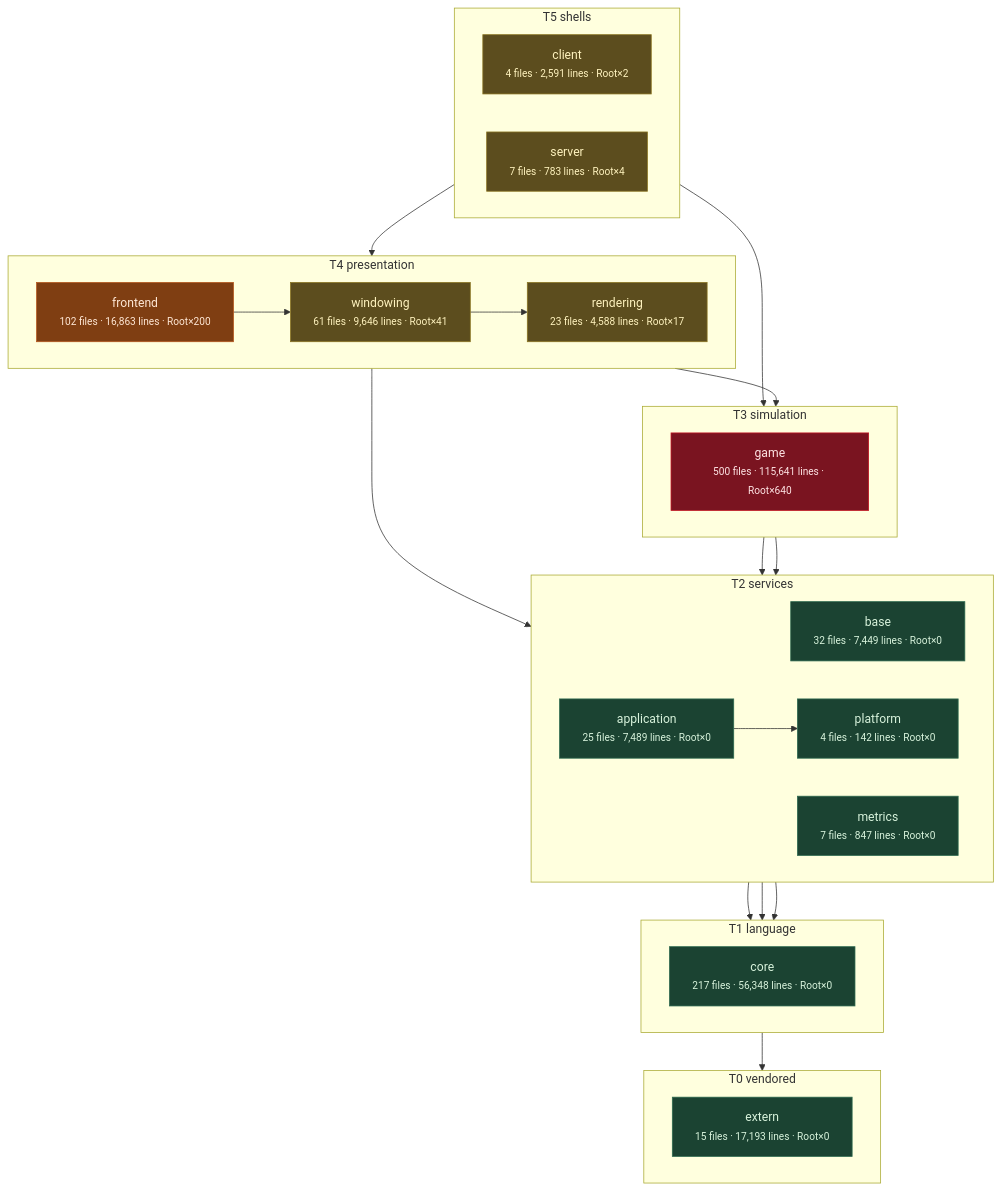
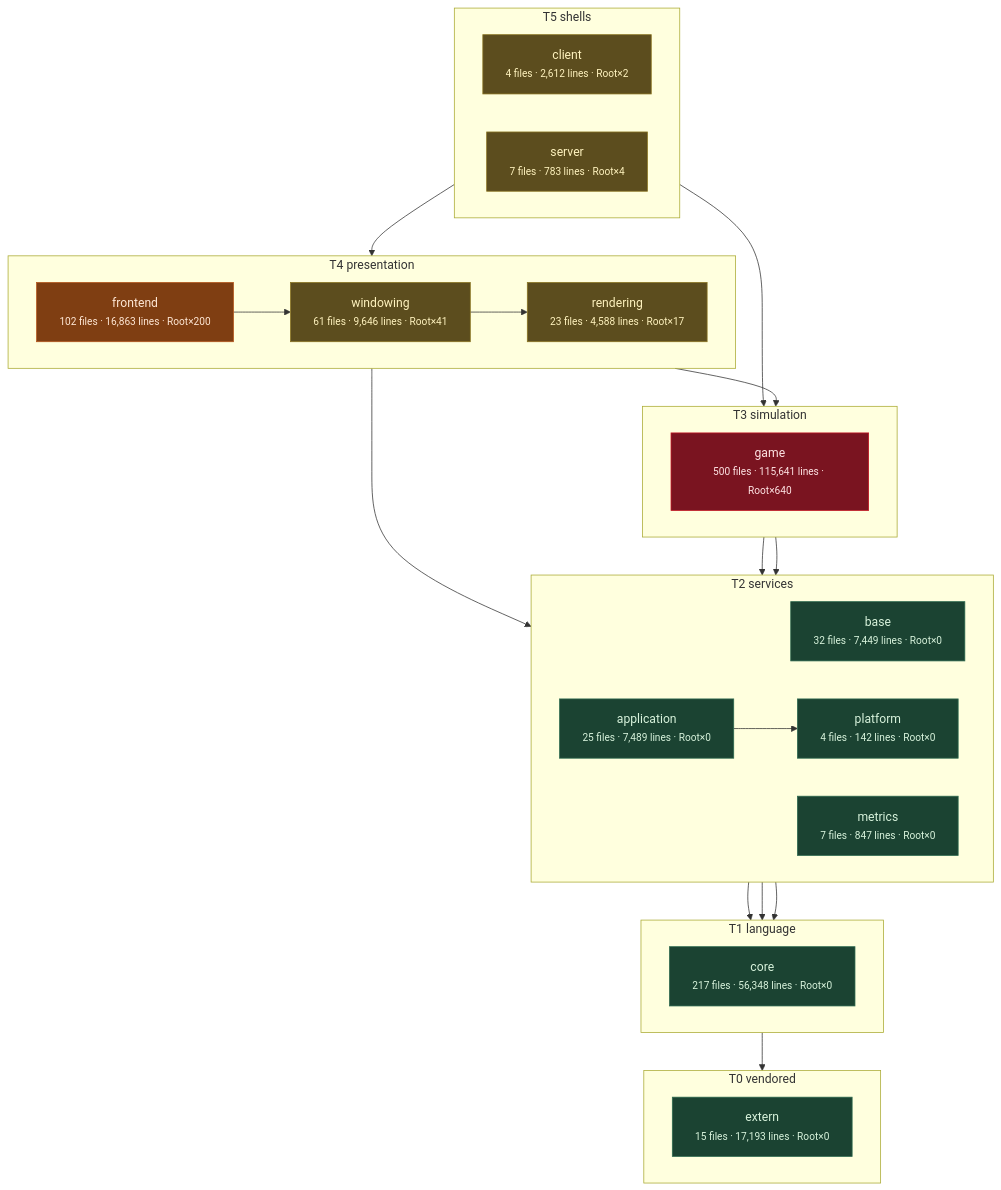
The third of 11 diagrams in docs/architecture/system-boundaries.md (apnex/OpenStarbound), drawn with Mermaid before and after one commit. The commit also changed other lines of this file and 6 other files, not shown here.

````diff
--- a/docs/architecture/system-boundaries.md
+++ b/docs/architecture/system-boundaries.md
@@ -271,54 +271,54 @@
 ```mermaid
 flowchart TD
   subgraph T0["T0 vendored"]
     direction LR
     extern["extern<br/><small>15 files · 17,193 lines · Root×0</small>"]
   end
   subgraph T1["T1 language"]
     direction LR
     core["core<br/><small>217 files · 56,348 lines · Root×0</small>"]
   end
   subgraph T2["T2 services"]
     direction LR
     base["base<br/><small>32 files · 7,449 lines · Root×0</small>"]
     metrics["metrics<br/><small>7 files · 847 lines · Root×0</small>"]
     platform["platform<br/><small>4 files · 142 lines · Root×0</small>"]
     application["application<br/><small>25 files · 7,489 lines · Root×0</small>"]
   end
   subgraph T3["T3 simulation"]
     direction LR
     game["game<br/><small>500 files · 115,641 lines · Root×640</small>"]
   end
   subgraph T4["T4 presentation"]
     direction LR
     rendering["rendering<br/><small>23 files · 4,588 lines · Root×17</small>"]
     windowing["windowing<br/><small>61 files · 9,646 lines · Root×41</small>"]
     frontend["frontend<br/><small>102 files · 16,863 lines · Root×200</small>"]
   end
   subgraph T5["T5 shells"]
     direction LR
-    client["client<br/><small>4 files · 2,591 lines · Root×2</small>"]
+    client["client<br/><small>4 files · 2,612 lines · Root×2</small>"]
     server["server<br/><small>7 files · 783 lines · Root×4</small>"]
   end
   core --> extern
   base --> core
   metrics --> core
   platform --> core
   application --> platform
   game --> base
   game --> platform
   rendering --> application
   rendering --> game
   windowing --> rendering
   frontend --> windowing
   client --> frontend
   server --> game
   classDef clean fill:#1b4332,stroke:#2d6a4f,color:#d8f3dc
   classDef warm  fill:#5c4d1e,stroke:#8a7420,color:#fff3bf
   classDef hot   fill:#7f3e12,stroke:#b5561b,color:#ffe8d6
   classDef blaze fill:#7a1420,stroke:#c1121f,color:#ffe5e5
   class extern,core,base,metrics,platform,application clean
   class rendering,windowing,client,server warm
   class frontend hot
   class game blaze
 ```
````
